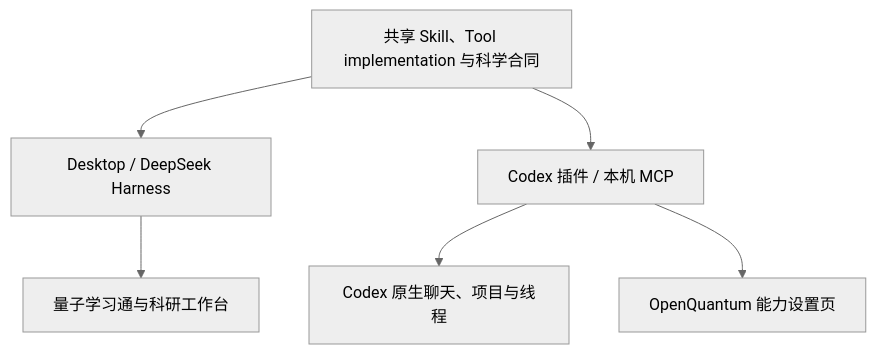
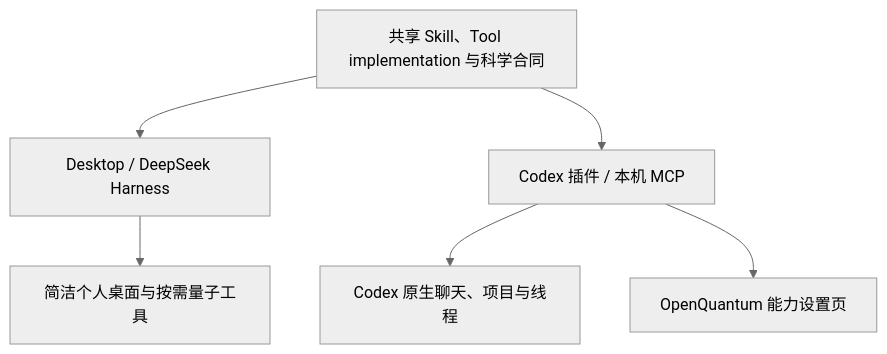
The first of 2 diagrams in docs/README.md (xi-zhao/OpenQuantum), drawn with Mermaid (neutral theme) before and after one commit. The commit also changed other lines of this file and 26 other files, not shown here.

````diff
--- a/docs/README.md
+++ b/docs/README.md
@@ -19,8 +19,8 @@
 ```mermaid
 flowchart TB
   S[共享 Skill、Tool implementation 与科学合同] --> D[Desktop / DeepSeek Harness]
   S --> C[Codex 插件 / 本机 MCP]
-  D --> L[量子学习通与科研工作台]
+  D --> L[简洁个人桌面与按需量子工具]
   C --> H[Codex 原生聊天、项目与线程]
   C --> P[OpenQuantum 能力设置页]
 ```
````
